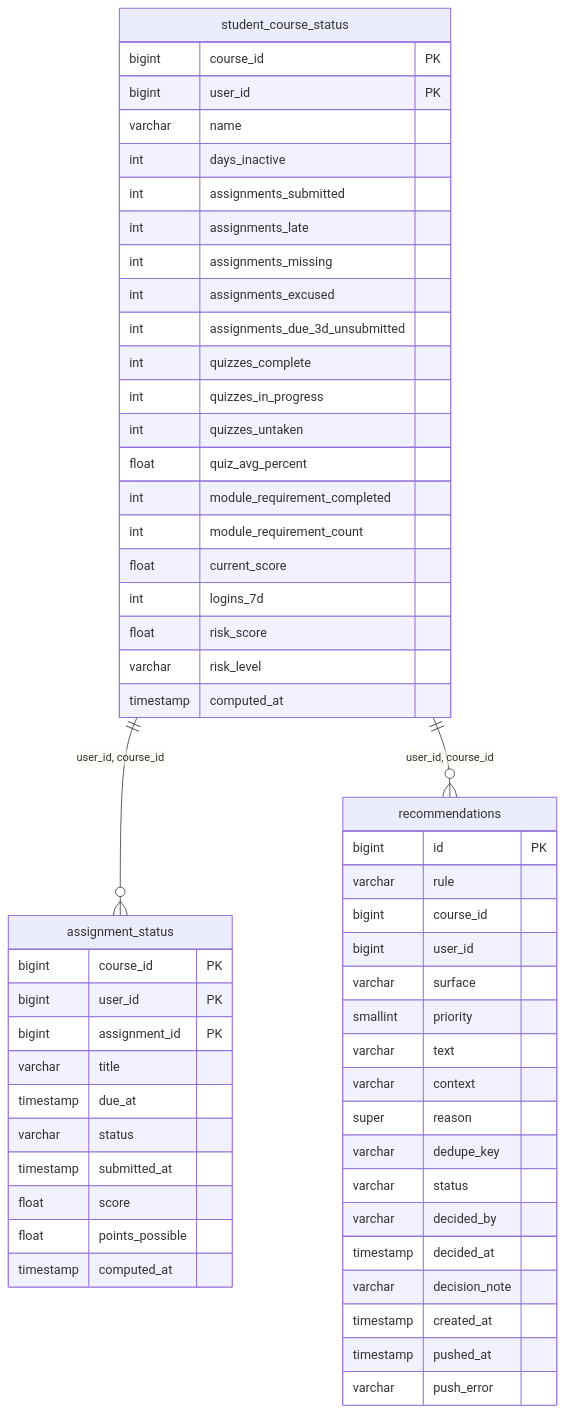
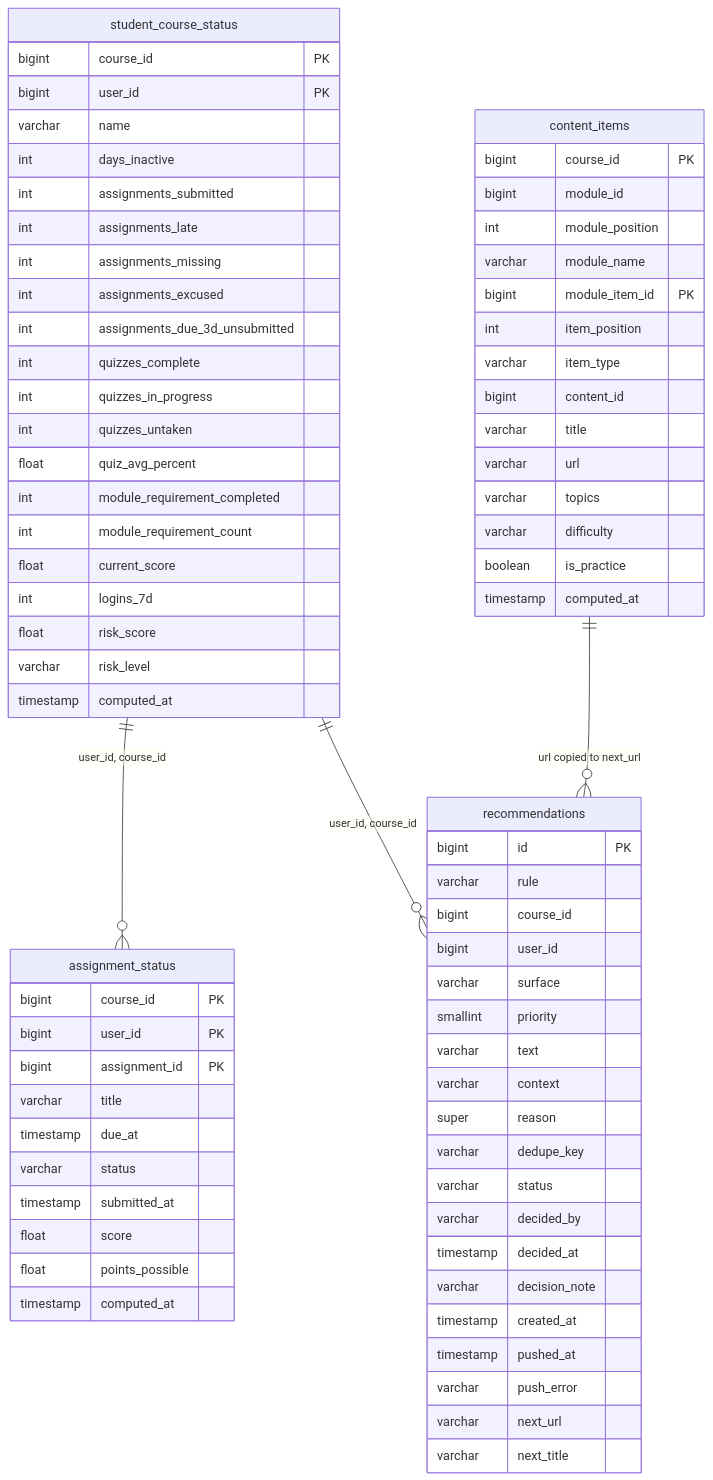
Before and after one commit to rdpatilds/redshift: the second of 4 diagrams in docs/ARCHITECTURE.md, drawn with Mermaid. The commit also changed other lines of this file and 6 other files, not shown here.

Commit message:
Add content_items tagging table, loader, and next-step migration

````diff
--- a/docs/ARCHITECTURE.md
+++ b/docs/ARCHITECTURE.md
@@ -83,58 +84,77 @@
 ```mermaid
 erDiagram
     student_course_status {
         bigint course_id PK
         bigint user_id PK
         varchar name
         int days_inactive
         int assignments_submitted
         int assignments_late
         int assignments_missing
         int assignments_excused
         int assignments_due_3d_unsubmitted
         int quizzes_complete
         int quizzes_in_progress
         int quizzes_untaken
         float quiz_avg_percent
         int module_requirement_completed
         int module_requirement_count
         float current_score
         int logins_7d
         float risk_score
         varchar risk_level
         timestamp computed_at
     }
     assignment_status {
         bigint course_id PK
         bigint user_id PK
         bigint assignment_id PK
         varchar title
         timestamp due_at
         varchar status
         timestamp submitted_at
         float score
         float points_possible
         timestamp computed_at
     }
     recommendations {
         bigint id PK
         varchar rule
         bigint course_id
         bigint user_id
         varchar surface
         smallint priority
         varchar text
         varchar context
         super reason
         varchar dedupe_key
         varchar status
         varchar decided_by
         timestamp decided_at
         varchar decision_note
         timestamp created_at
         timestamp pushed_at
         varchar push_error
+        varchar next_url
+        varchar next_title
+    }
+    content_items {
+        bigint course_id PK
+        bigint module_id
+        int module_position
+        varchar module_name
+        bigint module_item_id PK
+        int item_position
+        varchar item_type
+        bigint content_id
+        varchar title
+        varchar url
+        varchar topics
+        varchar difficulty
+        boolean is_practice
+        timestamp computed_at
     }
     student_course_status ||--o{ assignment_status : "user_id, course_id"
     student_course_status ||--o{ recommendations : "user_id, course_id"
+    content_items ||--o{ recommendations : "url copied to next_url"
 ```
````
